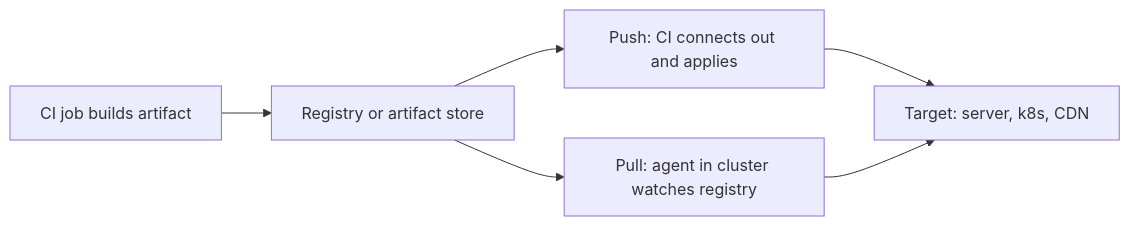
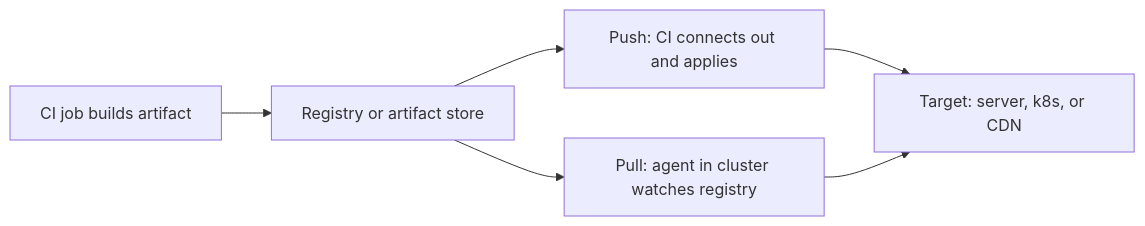
One commit to locchh/sw-handbook changed the eighth of 8 diagrams in docs/software/tool_tip/cicd.md. Above: the diagram before and after it, drawn with Mermaid. The commit also changed other lines of this file, not shown here.

First line of the commit message:
docs: give each CI/CD platform its own anatomy and mechanism diagram

````diff
--- a/docs/software/tool_tip/cicd.md
+++ b/docs/software/tool_tip/cicd.md
@@ -280,8 +648,8 @@
 ```mermaid
 flowchart LR
     B[CI job builds artifact] --> R[Registry or artifact store]
     R --> P[Push: CI connects out and applies]
     R --> G[Pull: agent in cluster watches registry]
-    P --> T[Target: server, k8s, CDN]
+    P --> T[Target: server, k8s, or CDN]
     G --> T
 ```
````
